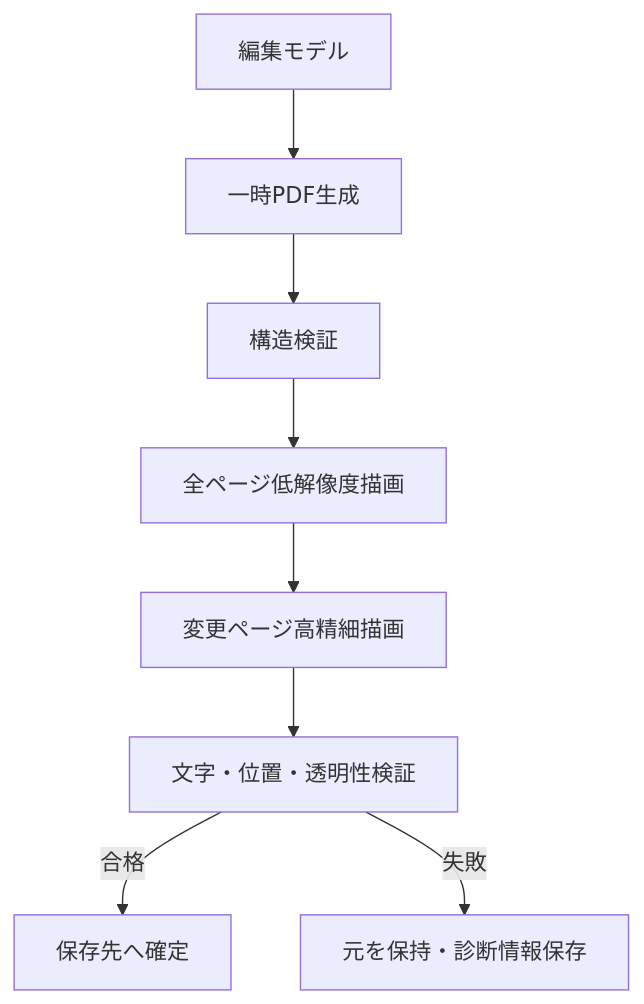
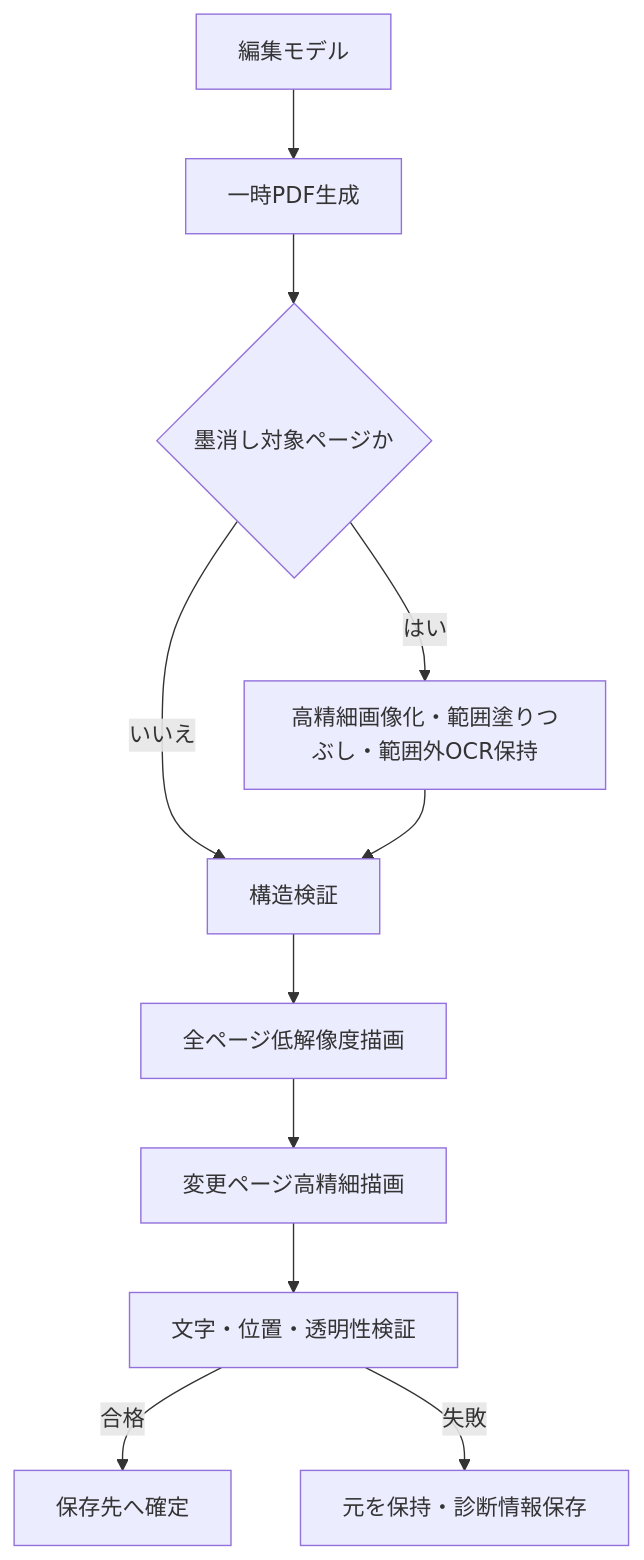
One commit to Katsu2013/PDF-Correctorium changed the diagram in outputs/PdfCorrectorium-Documentation/docs/06_PDF/06-01_PdfEditing.md. Above: the diagram before and after it, drawn with Mermaid. The commit also changed other lines of this file and 58 other files, not shown here.

````diff
--- a/outputs/PdfCorrectorium-Documentation/docs/06_PDF/06-01_PdfEditing.md
+++ b/outputs/PdfCorrectorium-Documentation/docs/06_PDF/06-01_PdfEditing.md
@@ -70,10 +82,14 @@
 ```mermaid
 flowchart TD
   M["編集モデル"] --> T["一時PDF生成"]
-  T --> S["構造検証"]
+  T --> D{"墨消し対象ページか"}
+  D -->|はい| Z["高精細画像化・範囲塗りつぶし・範囲外OCR保持"]
+  D -->|いいえ| S
+  Z --> S
+  S["構造検証"]
   S --> R["全ページ低解像度描画"]
   R --> H["変更ページ高精細描画"]
   H --> X["文字・位置・透明性検証"]
   X -->|合格| C["保存先へ確定"]
   X -->|失敗| F["元を保持・診断情報保存"]
 ```
````
